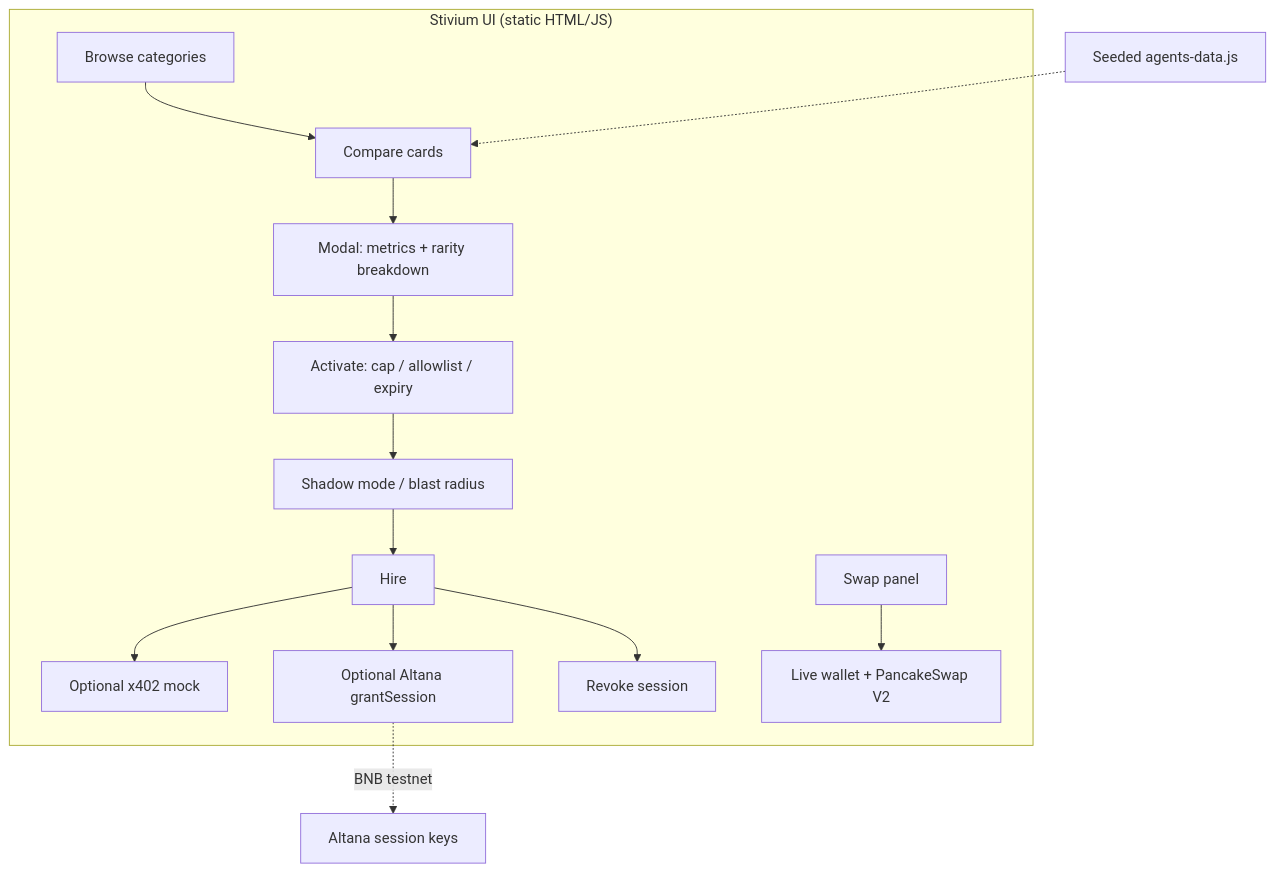
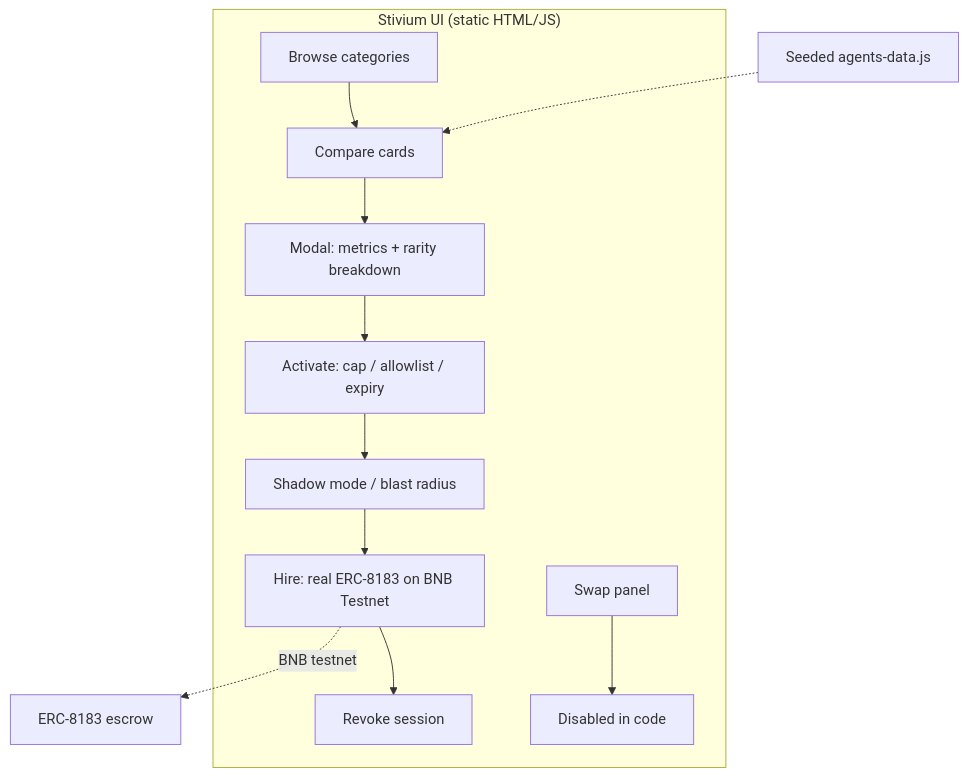
The diagram in README.md (wadezigh96/STIVIUM), drawn with Mermaid before and after one commit. The commit also changed other lines of this file and 21 other files, not shown here.

````diff
--- a/README.md
+++ b/README.md
@@ -73,17 +76,15 @@
 ```mermaid
 flowchart TB
     subgraph UI["Stivium UI (static HTML/JS)"]
         B[Browse categories] --> C[Compare cards]
         C --> M[Modal: metrics + rarity breakdown]
         M --> A[Activate: cap / allowlist / expiry]
         A --> S[Shadow mode / blast radius]
-        S --> H[Hire]
-        H --> X[Optional x402 mock]
-        H --> ALT[Optional Altana grantSession]
+        S --> H[Hire: real ERC-8183 on BNB Testnet]
         H --> R[Revoke session]
-        SW[Swap panel] --> Q[Live wallet + PancakeSwap V2]
+        SW[Swap panel] --> Q[Disabled in code]
     end
 
     DATA[Seeded agents-data.js] -.-> C
-    ALT -.->|BNB testnet| CHAIN[Altana session keys]
+    H -.->|BNB testnet| CHAIN[ERC-8183 escrow]
 ```
````
